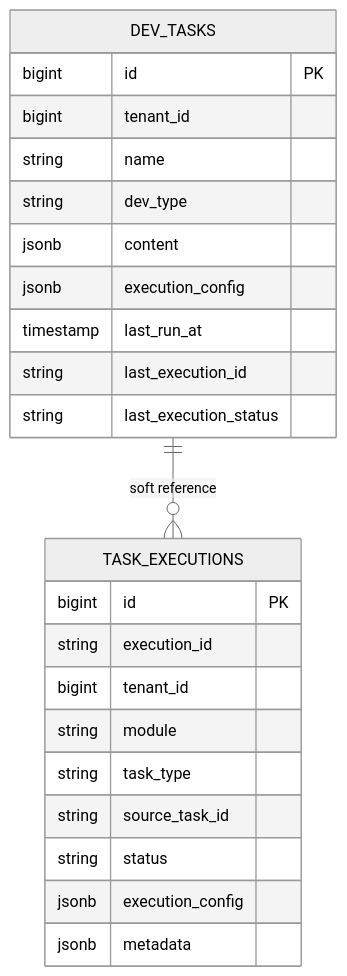
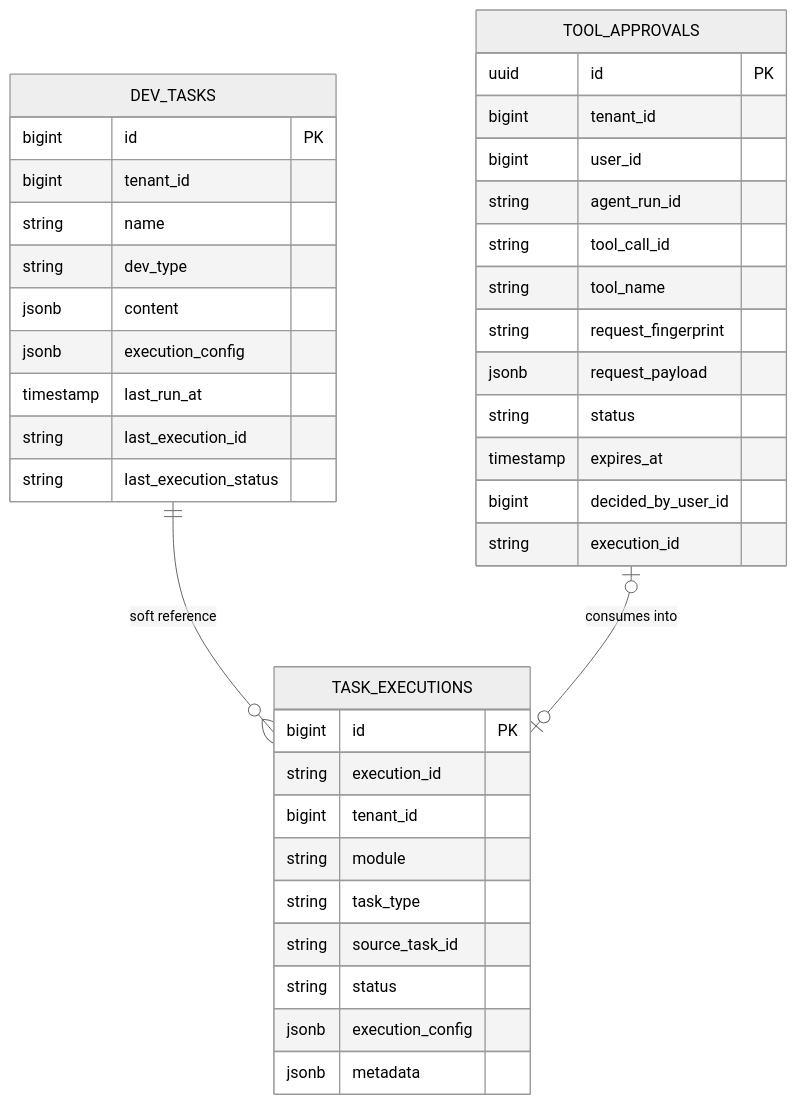
The diagram in develop/frontend/docs/数据库架构.md (pampa0629/addp), drawn with Mermaid (neutral theme) before and after one commit. The commit also changed other lines of this file and 272 other files, not shown here.

````diff
--- a/develop/frontend/docs/数据库架构.md
+++ b/develop/frontend/docs/数据库架构.md
@@ -16,28 +17,44 @@
 ```mermaid
 erDiagram
     DEV_TASKS ||--o{ TASK_EXECUTIONS : "soft reference"
+    TOOL_APPROVALS o|--o| TASK_EXECUTIONS : "consumes into"
 
     DEV_TASKS {
         bigint id PK
         bigint tenant_id
         string name
         string dev_type
         jsonb content
         jsonb execution_config
         timestamp last_run_at
         string last_execution_id
         string last_execution_status
     }
 
     TASK_EXECUTIONS {
         bigint id PK
         string execution_id
         bigint tenant_id
         string module
         string task_type
         string source_task_id
         string status
         jsonb execution_config
         jsonb metadata
     }
+
+    TOOL_APPROVALS {
+        uuid id PK
+        bigint tenant_id
+        bigint user_id
+        string agent_run_id
+        string tool_call_id
+        string tool_name
+        string request_fingerprint
+        jsonb request_payload
+        string status
+        timestamp expires_at
+        bigint decided_by_user_id
+        string execution_id
+    }
 ```
````
